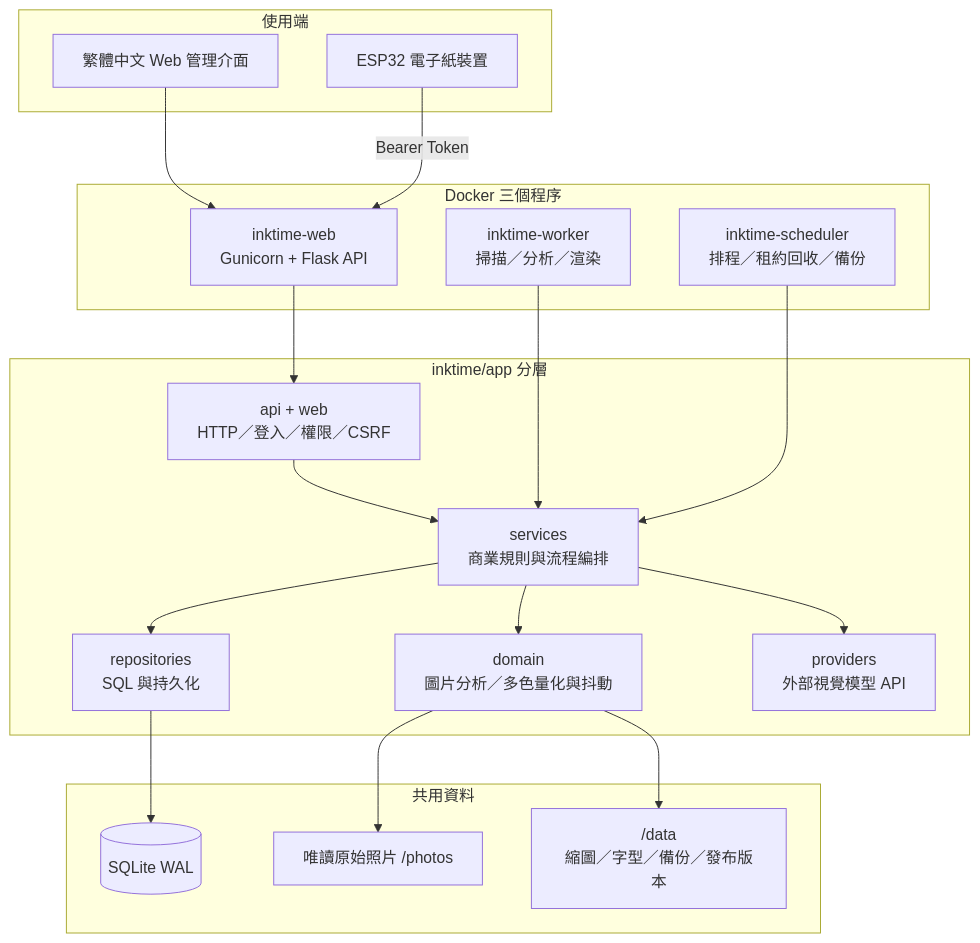
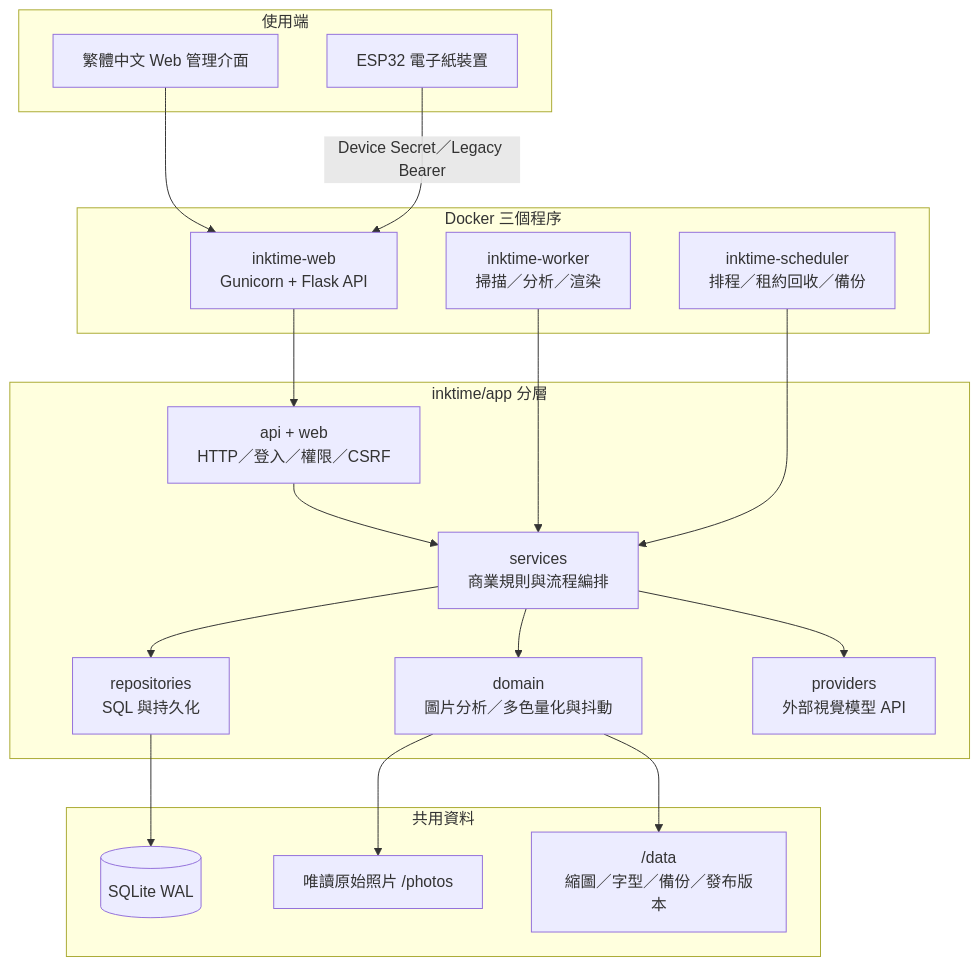
One commit to steven87090799/InkTime changed the first of 15 diagrams in README.md. Above: the diagram before and after it, drawn with Mermaid. The commit also changed other lines of this file and 46 other files, not shown here.

````diff
--- a/README.md
+++ b/README.md
@@ -31,37 +31,37 @@
 ```mermaid
 flowchart TB
     subgraph clients["使用端"]
         UI["繁體中文 Web 管理介面"]
         ESP["ESP32 電子紙裝置"]
     end
 
     subgraph processes["Docker 三個程序"]
         WEB["inktime-web<br/>Gunicorn + Flask API"]
         WORKER["inktime-worker<br/>掃描／分析／渲染"]
         SCHED["inktime-scheduler<br/>排程／租約回收／備份"]
     end
 
     subgraph application["inktime/app 分層"]
         API["api + web<br/>HTTP／登入／權限／CSRF"]
         SVC["services<br/>商業規則與流程編排"]
         DOMAIN["domain<br/>圖片分析／多色量化與抖動"]
         REPO["repositories<br/>SQL 與持久化"]
         PROVIDER["providers<br/>外部視覺模型 API"]
     end
 
     subgraph storage["共用資料"]
         DB[("SQLite WAL")]
         PHOTOS["唯讀原始照片 /photos"]
         DATA["/data<br/>縮圖／字型／備份／發布版本"]
     end
 
     UI --> WEB --> API --> SVC
-    ESP -->|"Bearer Token"| WEB
+    ESP -->|"Device Secret／Legacy Bearer"| WEB
     WORKER --> SVC
     SCHED --> SVC
     SVC --> DOMAIN
     SVC --> PROVIDER
     SVC --> REPO --> DB
     DOMAIN --> PHOTOS
     DOMAIN --> DATA
 ```
````
